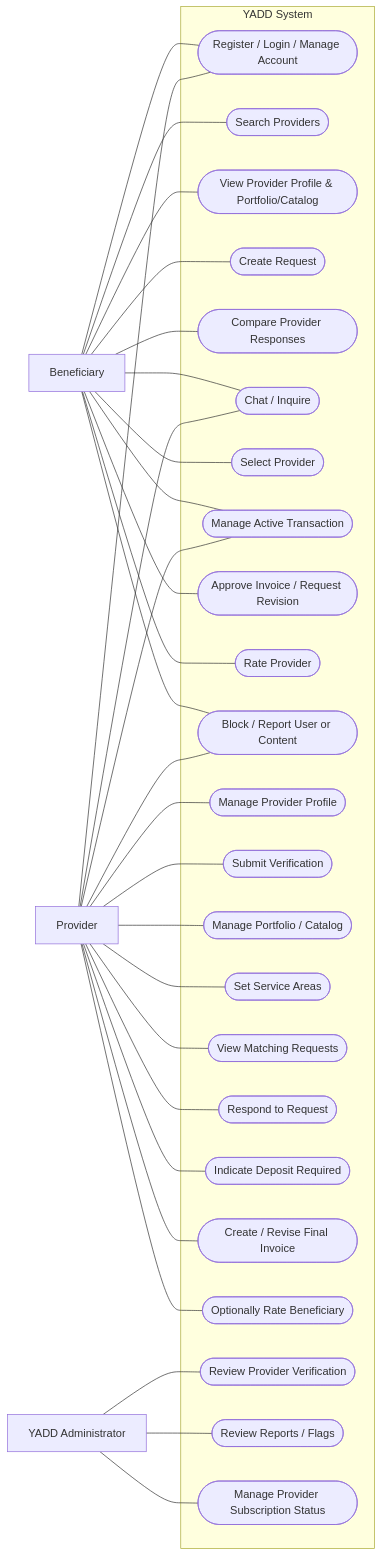
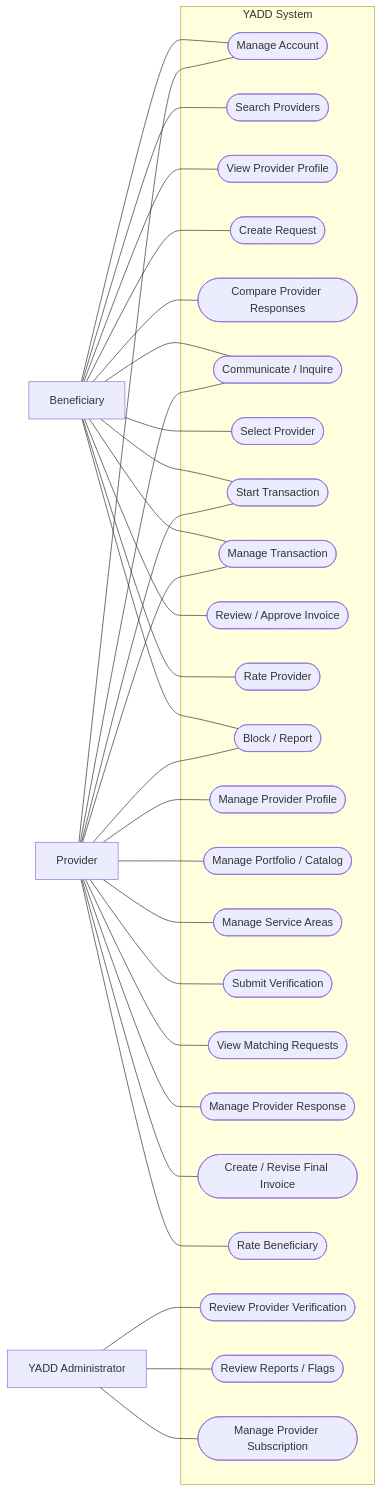
One commit to Yadd-SanaaUniversityGraduationProject/yadd changed the first of 5 diagrams in docs/03-analysis/10-UML.md. Above: the diagram before and after it, drawn with Mermaid. The commit also changed other lines of this file, not shown here.

Commit message:
analysis: synchronize UML overview for final diagram drafting

````diff
--- a/docs/03-analysis/10-UML.md
+++ b/docs/03-analysis/10-UML.md
@@ -33,64 +31,65 @@
 ```mermaid
 flowchart LR
     B[Beneficiary]
     P[Provider]
     A[YADD Administrator]
 
     subgraph YADD[YADD System]
-        UC1([Register / Login / Manage Account])
+        UC1([Manage Account])
         UC2([Search Providers])
-        UC3([View Provider Profile & Portfolio/Catalog])
+        UC3([View Provider Profile])
         UC4([Create Request])
         UC5([Compare Provider Responses])
-        UC6([Chat / Inquire])
+        UC6([Communicate / Inquire])
         UC7([Select Provider])
-        UC8([Manage Active Transaction])
-        UC9([Approve Invoice / Request Revision])
-        UC10([Rate Provider])
-        UC11([Block / Report User or Content])
+        UC8([Start Transaction])
+        UC9([Manage Transaction])
+        UC10([Review / Approve Invoice])
+        UC11([Rate Provider])
+        UC12([Block / Report])
 
-        UC12([Manage Provider Profile])
-        UC13([Submit Verification])
+        UC13([Manage Provider Profile])
         UC14([Manage Portfolio / Catalog])
-        UC15([Set Service Areas])
-        UC16([View Matching Requests])
-        UC17([Respond to Request])
-        UC18([Indicate Deposit Required])
+        UC15([Manage Service Areas])
+        UC16([Submit Verification])
+        UC17([View Matching Requests])
+        UC18([Manage Provider Response])
         UC19([Create / Revise Final Invoice])
-        UC20([Optionally Rate Beneficiary])
+        UC20([Rate Beneficiary])
 
         UC21([Review Provider Verification])
         UC22([Review Reports / Flags])
-        UC23([Manage Provider Subscription Status])
+        UC23([Manage Provider Subscription])
     end
 
     B --- UC1
     B --- UC2
     B --- UC3
     B --- UC4
     B --- UC5
     B --- UC6
     B --- UC7
     B --- UC8
     B --- UC9
     B --- UC10
     B --- UC11
+    B --- UC12
 
     P --- UC1
     P --- UC6
     P --- UC8
-    P --- UC11
+    P --- UC9
     P --- UC12
     P --- UC13
     P --- UC14
     P --- UC15
     P --- UC16
     P --- UC17
     P --- UC18
     P --- UC19
     P --- UC20
 
     A --- UC21
     A --- UC22
     A --- UC23
 ```
````
